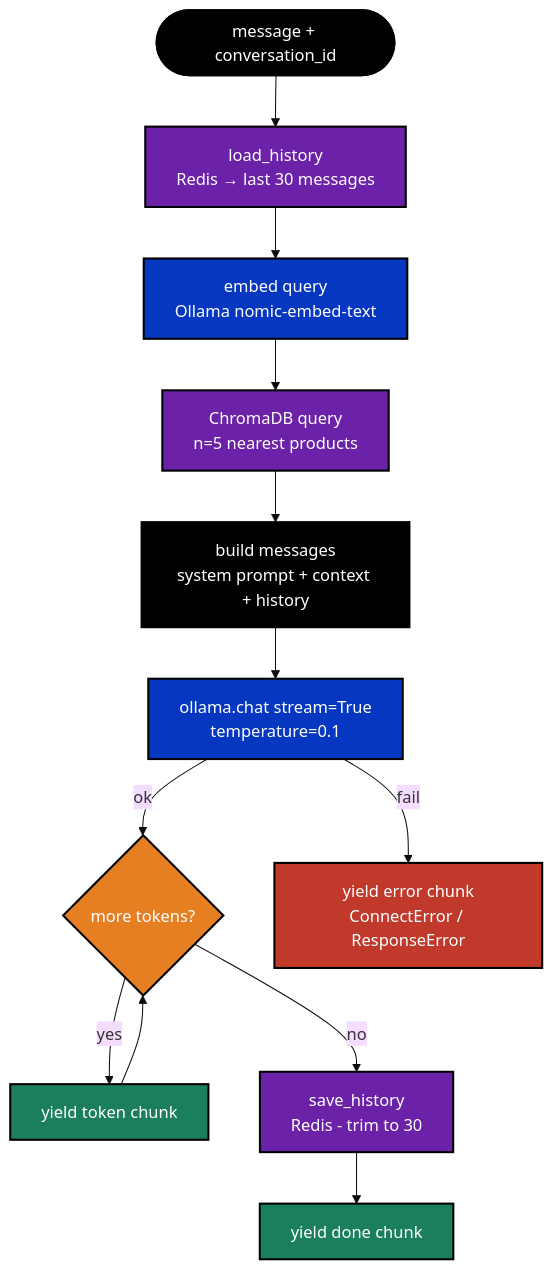
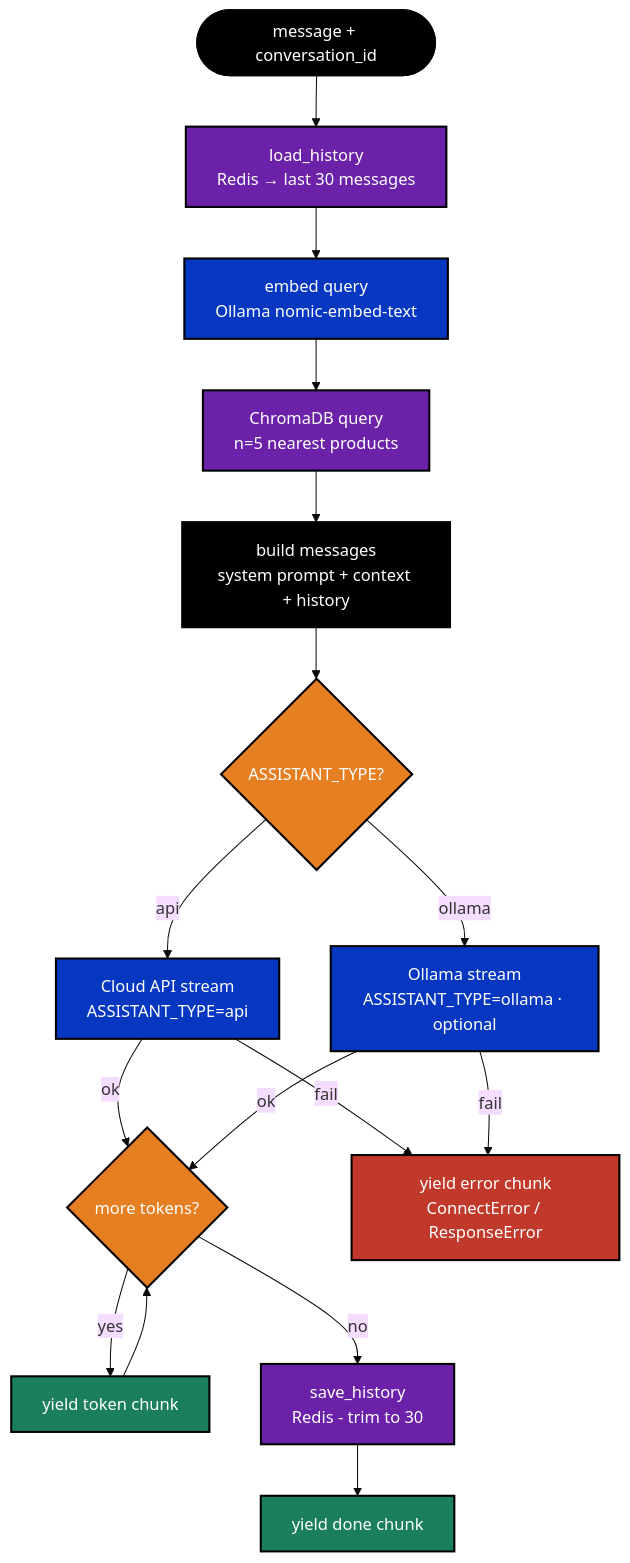
Before and after one commit to developer-samuel/levelup-store: the diagram in apps/assistant/docs/diagrams/flowcharts/rag-pipeline.mmd, drawn with Mermaid (base theme). The commit also changed 2 other files, not shown here.

Commit message:
docs: update diagrams to reflect optional Ollama mode and Tailscale access

```diff
--- a/apps/assistant/docs/diagrams/flowcharts/rag-pipeline.mmd
+++ b/apps/assistant/docs/diagrams/flowcharts/rag-pipeline.mmd
@@ -1,34 +1,41 @@
 flowchart TD
     %% RAG pipeline - how a message is processed inside stream_chat
-    %% Redis history + ChromaDB vector search + Ollama LLM streaming
+    %% Redis history + ChromaDB vector search + LLM streaming
+    %% ASSISTANT_TYPE=api (cloud LLM) | ollama (local)
 
     classDef action   fill:#000,    color:#fff, stroke:#000, stroke-width:2px;
     classDef decision fill:#e67e22, color:#fff, stroke:#000, stroke-width:2px;
     classDef infra    fill:#6b21a8, color:#fff, stroke:#000, stroke-width:2px;
     classDef llm      fill:#0637c0, color:#fff, stroke:#000, stroke-width:2px;
     classDef stream   fill:#1a7f5a, color:#fff, stroke:#000, stroke-width:2px;
     classDef error    fill:#c0392b, color:#fff, stroke:#000, stroke-width:2px;
 
     Start([message + conversation_id]):::action
     LoadHistory[load_history\nRedis → last 30 messages]:::infra
     EmbedQuery[embed query\nOllama nomic-embed-text]:::llm
     VectorSearch[ChromaDB query\nn=5 nearest products]:::infra
     BuildPrompt[build messages\nsystem prompt + context + history]:::action
-    OllamaStream[ollama.chat stream=True\ntemperature=0.1]:::llm
+    ModelCheck{ASSISTANT_TYPE?}:::decision
+    ApiStream[Cloud API stream\nASSISTANT_TYPE=api]:::llm
+    OllamaStream[Ollama stream\nASSISTANT_TYPE=ollama · optional]:::llm
     TokenLoop{more tokens?}:::decision
     YieldToken[yield token chunk]:::stream
     SaveHistory[save_history\nRedis - trim to 30]:::infra
     YieldDone[yield done chunk]:::stream
-    OllamaError[yield error chunk\nConnectError / ResponseError]:::error
+    LLMError[yield error chunk\nConnectError / ResponseError]:::error
 
-    Start --> LoadHistory
-    LoadHistory --> EmbedQuery
-    EmbedQuery --> VectorSearch
+    Start        --> LoadHistory
+    LoadHistory  --> EmbedQuery
+    EmbedQuery   --> VectorSearch
     VectorSearch --> BuildPrompt
-    BuildPrompt --> OllamaStream
+    BuildPrompt  --> ModelCheck
+    ModelCheck   -->|api| ApiStream
+    ModelCheck   -->|ollama| OllamaStream
+    ApiStream    -->|ok| TokenLoop
+    ApiStream    -->|fail| LLMError
     OllamaStream -->|ok| TokenLoop
-    OllamaStream -->|fail| OllamaError
-    TokenLoop -->|yes| YieldToken
-    YieldToken --> TokenLoop
-    TokenLoop -->|no| SaveHistory
-    SaveHistory --> YieldDone
+    OllamaStream -->|fail| LLMError
+    TokenLoop    -->|yes| YieldToken
+    YieldToken   --> TokenLoop
+    TokenLoop    -->|no| SaveHistory
+    SaveHistory  --> YieldDone
```
